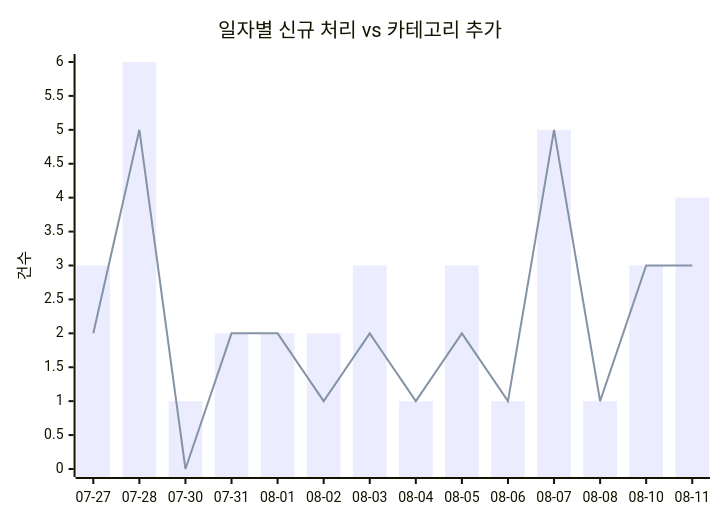
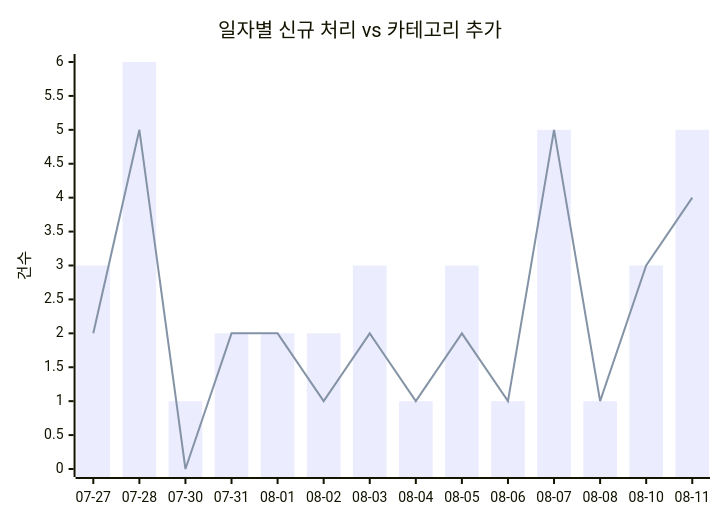
Before and after one commit to J-nowcow/awesome-korean-agent-skills: the first of 2 diagrams in docs/trends.md, drawn with Mermaid. The commit also changed other lines of this file and 4 other files, not shown here.

````diff
--- a/docs/trends.md
+++ b/docs/trends.md
@@ -32,8 +32,8 @@
 ```mermaid
 xychart-beta
     title "일자별 신규 처리 vs 카테고리 추가"
     x-axis ["07-27","07-28","07-30","07-31","08-01","08-02","08-03","08-04","08-05","08-06","08-07","08-08","08-10","08-11"]
     y-axis "건수"
-    bar [3,6,1,2,2,2,3,1,3,1,5,1,3,4]
-    line [2,5,0,2,2,1,2,1,2,1,5,1,3,3]
+    bar [3,6,1,2,2,2,3,1,3,1,5,1,3,5]
+    line [2,5,0,2,2,1,2,1,2,1,5,1,3,4]
 ```
````
